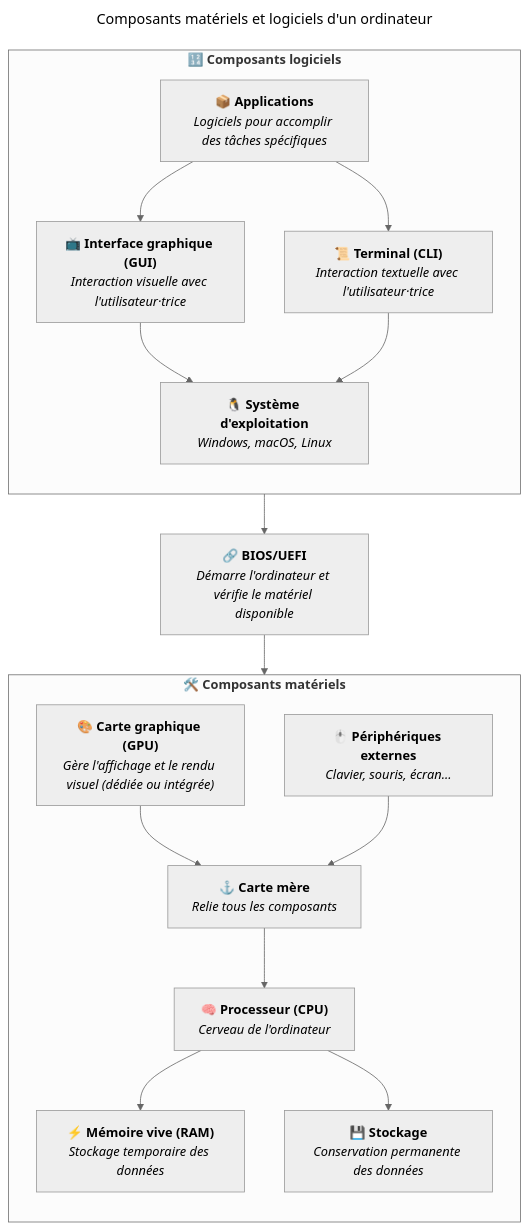
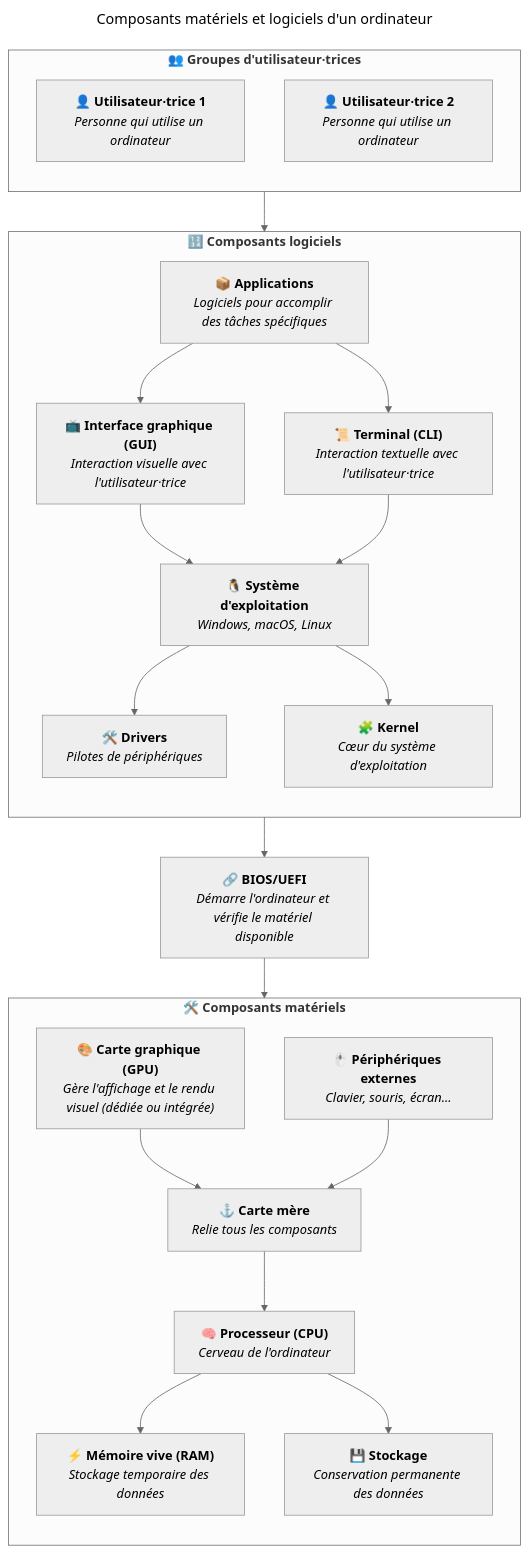
Before and after one commit to heig-vd-upinfo-course/heig-vd-upinfo-course: the diagram in src/content/docs/03-composants-materiels-et-logiciels-dun-ordinateur/01-introduction-et-ressources.mdx, drawn with Mermaid (neutral theme). The commit also changed other lines of this file and 96 other files, not shown here.

Commit message:
Relecture du contenu "Configurer son système d'exploitation et ses applications" (#16)

```diff
--- a/src/content/docs/03-composants-materiels-et-logiciels-dun-ordinateur/01-introduction-et-ressources.mdx
+++ b/src/content/docs/03-composants-materiels-et-logiciels-dun-ordinateur/01-introduction-et-ressources.mdx
@@ -64,6 +65,14 @@
     **🐧 Système d'exploitation**
     _Windows, macOS, Linux_
   `"]
+  Drivers["`
+    **🛠️ Drivers**
+    _Pilotes de périphériques_
+  `"]
+  Kernel["`
+    **🧩 Kernel**
+    _Cœur du système d'exploitation_
+  `"]
   GUI["`
     **📺 Interface graphique (GUI)**
     _Interaction visuelle avec l'utilisateur·trice_
@@ -76,9 +85,30 @@
     **📦 Applications**
     _Logiciels pour accomplir des tâches spécifiques_
   `"]
+  User_1["`
+    **👤 Utilisateur·trice 1**
+    _Personne qui utilise un ordinateur_
+  `"]
+  User_2["`
+    **👤 Utilisateur·trice 2**
+    _Personne qui utilise un ordinateur_
+  `"]
+
+  subgraph Users["`**👥 Groupes d'utilisateur·trices**`"]
+    direction TB
+
+    User_1
+    User_2
+  end
+
+  Users --> Applications
 
   subgraph Software["`**🔢 Composants logiciels**`"]
     direction TB
+
+    OS --> Drivers
+
+    OS --> Kernel
 
     GUI --> OS
     CLI --> OS
```
